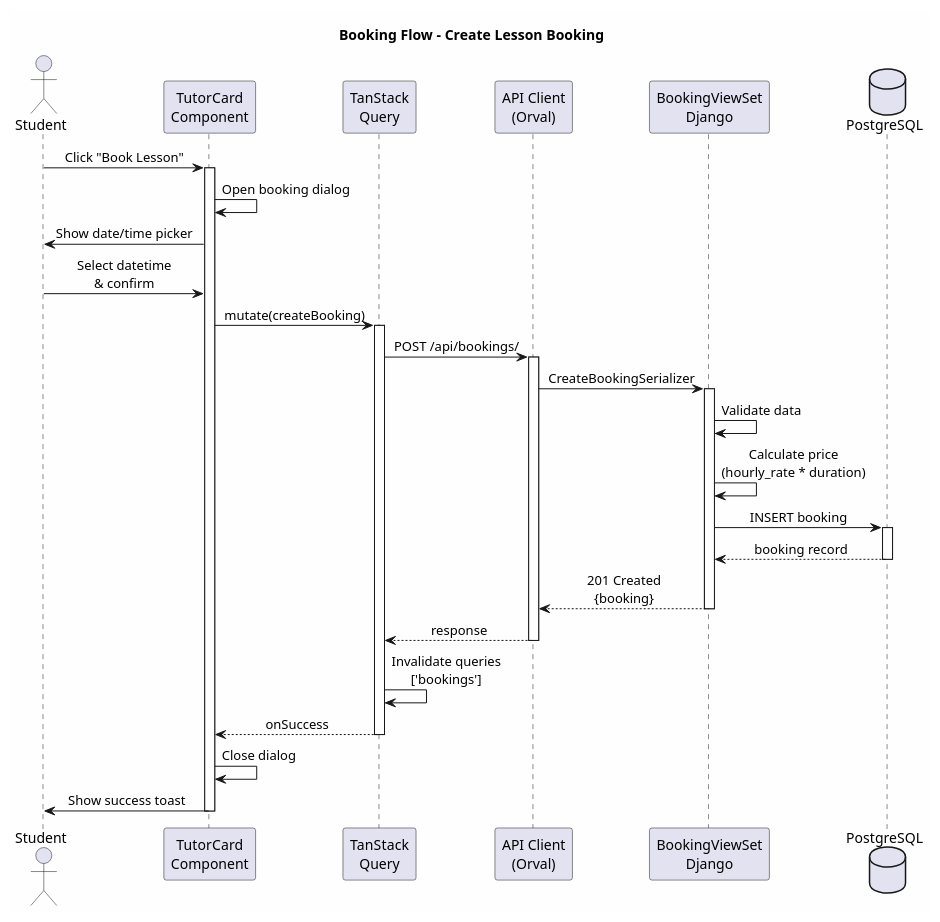
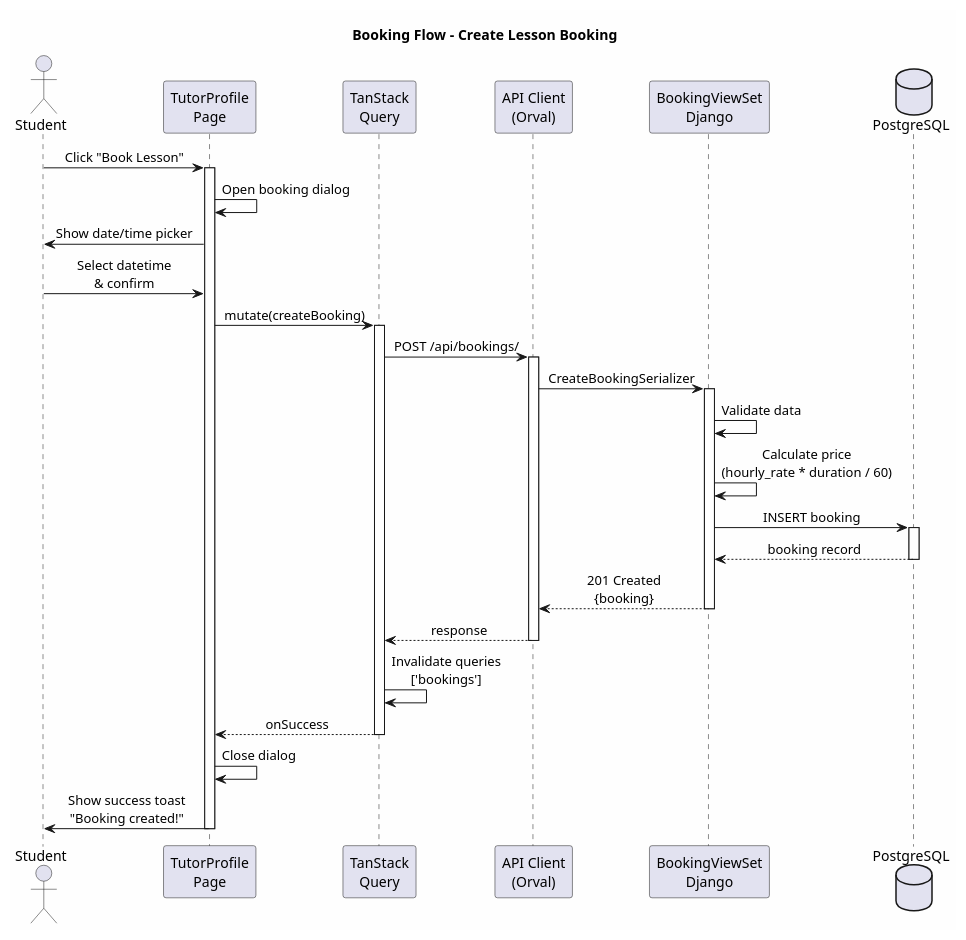
The third of 7 diagrams in solution-design/diagrams.puml (DmitryDubovikov/nextjs-django-tutors), drawn with PlantUML before and after one commit. The commit also changed other lines of this file and 2 other files, not shown here.

```diff
--- a/solution-design/diagrams.puml
+++ b/solution-design/diagrams.puml
@@ -121,50 +204,50 @@
-@startuml sequence
+@startuml sequence_booking
 title Booking Flow - Create Lesson Booking
 
 skinparam backgroundColor #FEFEFE
 skinparam sequenceMessageAlign center
 
 actor Student
-participant "TutorCard\nComponent" as card
+participant "TutorProfile\nPage" as profile
 participant "TanStack\nQuery" as query
 participant "API Client\n(Orval)" as client
 participant "BookingViewSet\nDjango" as api
 database "PostgreSQL" as db
 
-Student -> card : Click "Book Lesson"
-activate card
-card -> card : Open booking dialog
-card -> Student : Show date/time picker
+Student -> profile : Click "Book Lesson"
+activate profile
+profile -> profile : Open booking dialog
+profile -> Student : Show date/time picker
 
-Student -> card : Select datetime\n& confirm
-card -> query : mutate(createBooking)
+Student -> profile : Select datetime\n& confirm
+profile -> query : mutate(createBooking)
 activate query
 
 query -> client : POST /api/bookings/
 activate client
 
 client -> api : CreateBookingSerializer
 activate api
 
 api -> api : Validate data
-api -> api : Calculate price\n(hourly_rate * duration)
+api -> api : Calculate price\n(hourly_rate * duration / 60)
 api -> db : INSERT booking
 activate db
 db --> api : booking record
 deactivate db
 
 api --> client : 201 Created\n{booking}
 deactivate api
 
 client --> query : response
 deactivate client
 
 query -> query : Invalidate queries\n['bookings']
-query --> card : onSuccess
+query --> profile : onSuccess
 deactivate query
 
-card -> card : Close dialog
-card -> Student : Show success toast
-deactivate card
+profile -> profile : Close dialog
+profile -> Student : Show success toast\n"Booking created!"
+deactivate profile
 
 @enduml
```
